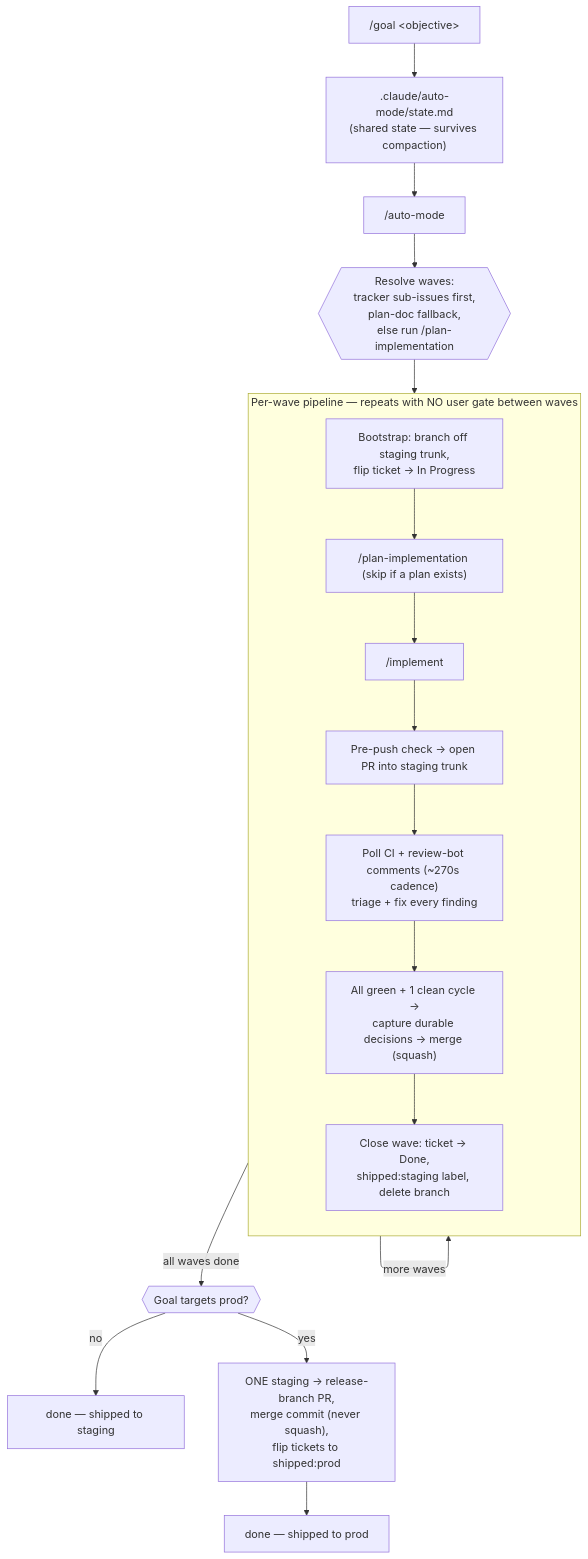
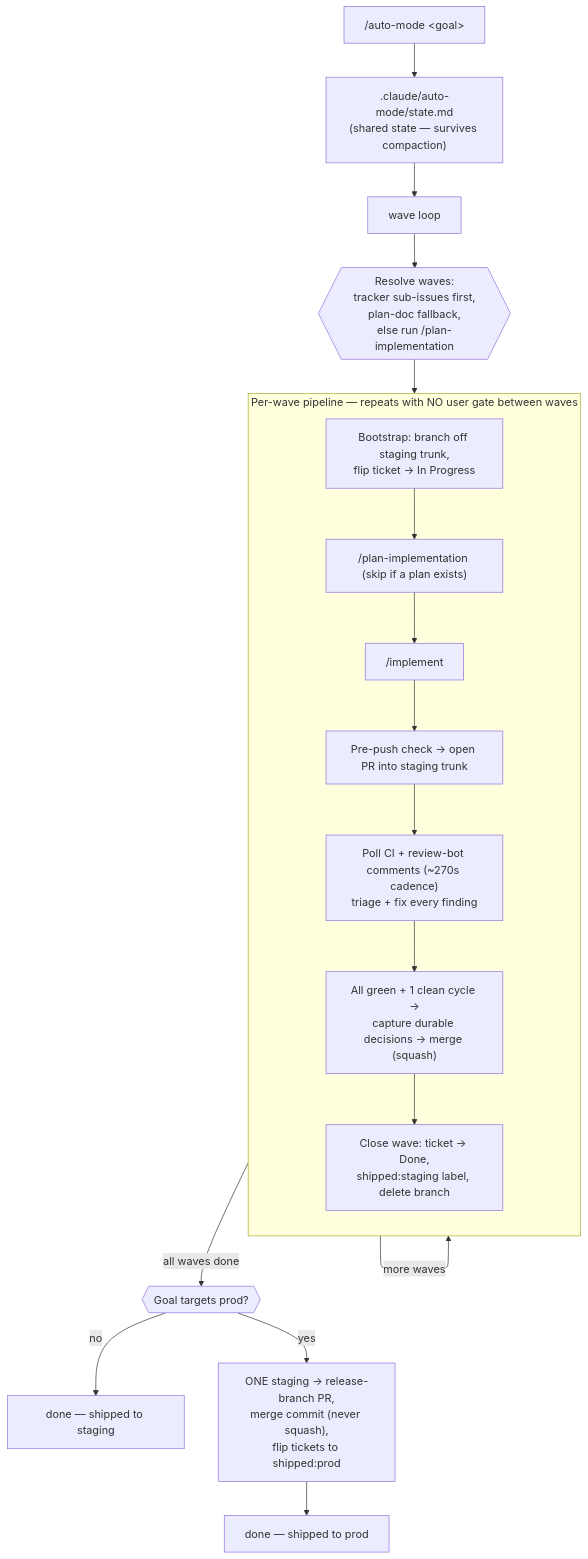
One commit to nodera-studio/agent-os changed the first of 2 diagrams in commands/README.md. Above: the diagram before and after it, drawn with Mermaid. The commit also changed other lines of this file and 7 other files, not shown here.

First line of the commit message:
Merge /goal into /auto-mode

````diff
--- a/commands/README.md
+++ b/commands/README.md
@@ -87,27 +86,27 @@
 ```mermaid
 flowchart TD
-    G["/goal &lt;objective&gt;"] --> ST[".claude/auto-mode/state.md<br/>(shared state — survives compaction)"]
-    ST --> AM["/auto-mode"]
+    G["/auto-mode &lt;goal&gt;"] --> ST[".claude/auto-mode/state.md<br/>(shared state — survives compaction)"]
+    ST --> AM["wave loop"]
 
     AM --> RESOLVE{{"Resolve waves:<br/>tracker sub-issues first,<br/>plan-doc fallback,<br/>else run /plan-implementation"}}
 
     RESOLVE --> WAVE
 
     subgraph WAVE["Per-wave pipeline — repeats with NO user gate between waves"]
         direction TB
         W1["Bootstrap: branch off staging trunk,<br/>flip ticket → In Progress"]
         W2["/plan-implementation (skip if a plan exists)"]
         W3["/implement"]
         W4["Pre-push check → open PR into staging trunk"]
         W5["Poll CI + review-bot comments (~270s cadence)<br/>triage + fix every finding"]
         W6["All green + 1 clean cycle →<br/>capture durable decisions → merge (squash)"]
         W7["Close wave: ticket → Done,<br/>shipped:staging label, delete branch"]
         W1 --> W2 --> W3 --> W4 --> W5 --> W6 --> W7
     end
 
     WAVE -->|"more waves"| WAVE
     WAVE -->|"all waves done"| DONE{{"Goal targets prod?"}}
     DONE -->|no| FIN1["done — shipped to staging"]
     DONE -->|yes| PROMO["ONE staging → release-branch PR,<br/>merge commit (never squash),<br/>flip tickets to shipped:prod"]
     PROMO --> FIN2["done — shipped to prod"]
 ```
````
